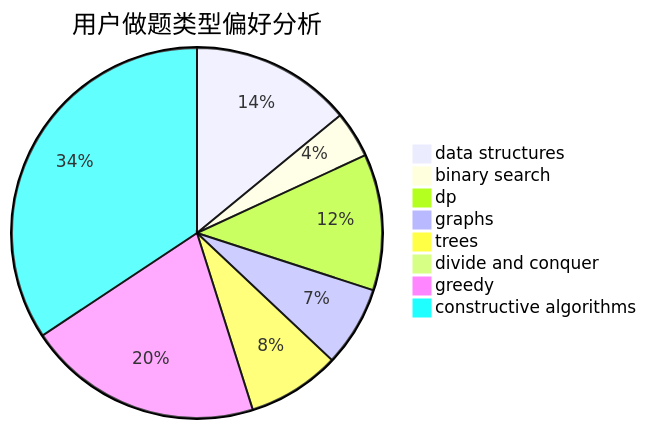
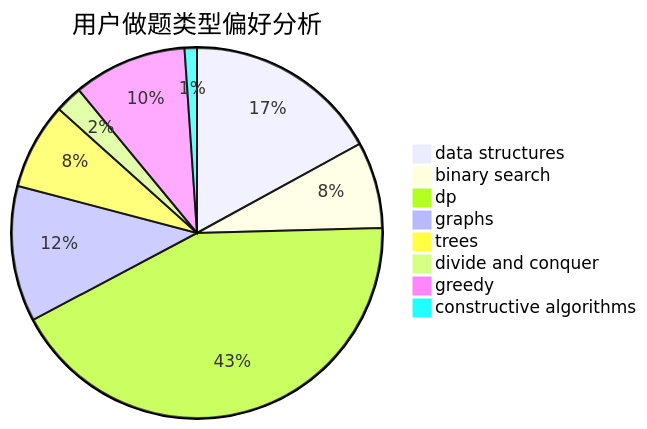
One commit to sherpahu/cfrs.github.io changed the second of 3 diagrams in docs/user/u1540.md. Above: the diagram before and after it, drawn with Mermaid. The commit also changed other lines of this file and 2770 other files, not shown here.

````diff
--- a/docs/user/u1540.md
+++ b/docs/user/u1540.md
@@ -23,11 +23,11 @@
 ```mermaid
 pie title 用户做题类型偏好分析
-    "data structures" :  52
-    "binary search" :  15
-    "dp" :  44
-    "graphs" :  26
-    "trees" :  30
-    "divide and conquer" :  3
-    "greedy" :  76
-    "constructive algorithms" :  127
+    "data structures" :  79
+    "binary search" :  35
+    "dp" :  198
+    "graphs" :  55
+    "trees" :  35
+    "divide and conquer" :  11
+    "greedy" :  46
+    "constructive algorithms" :  5
 ```
````
